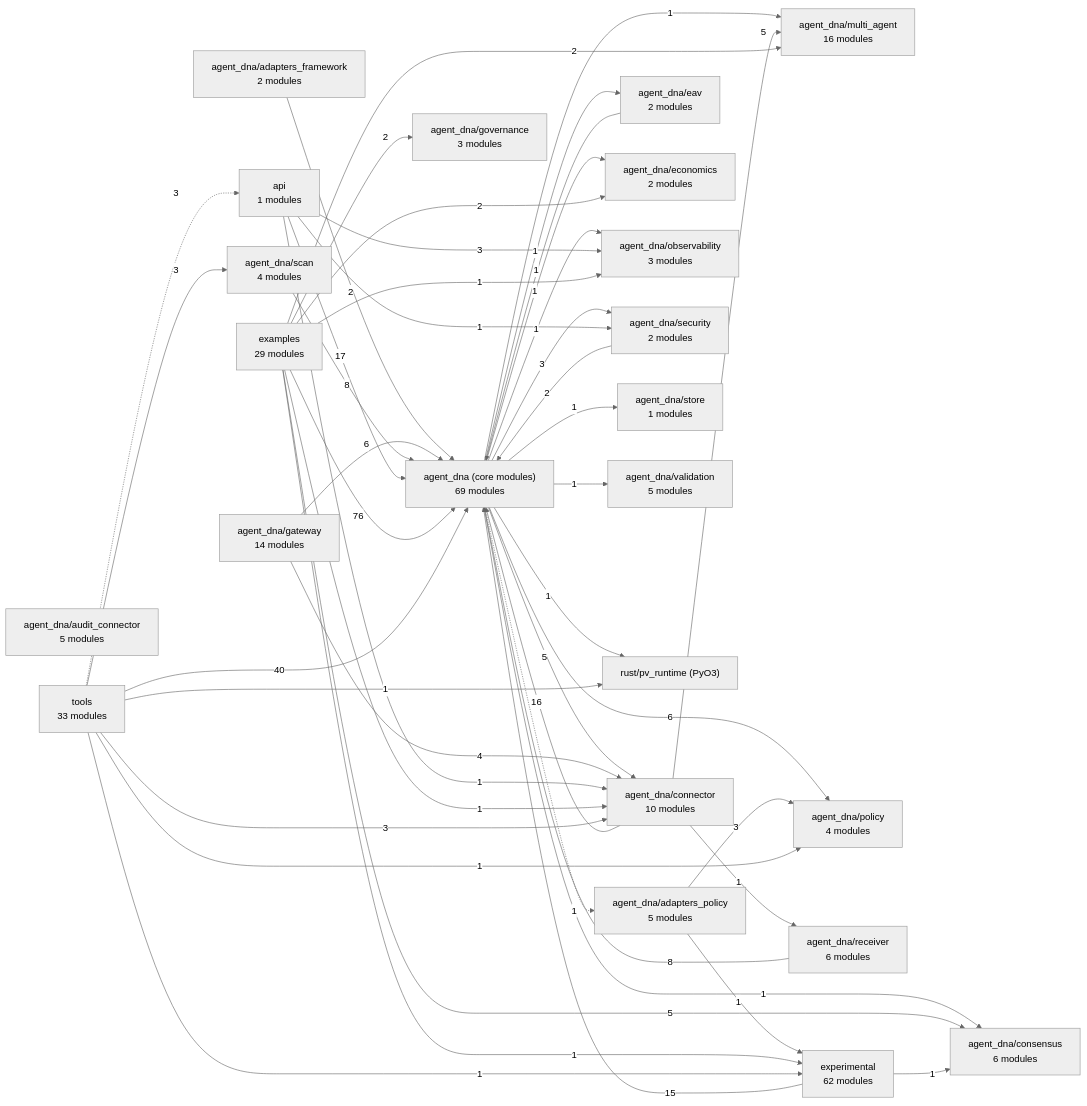
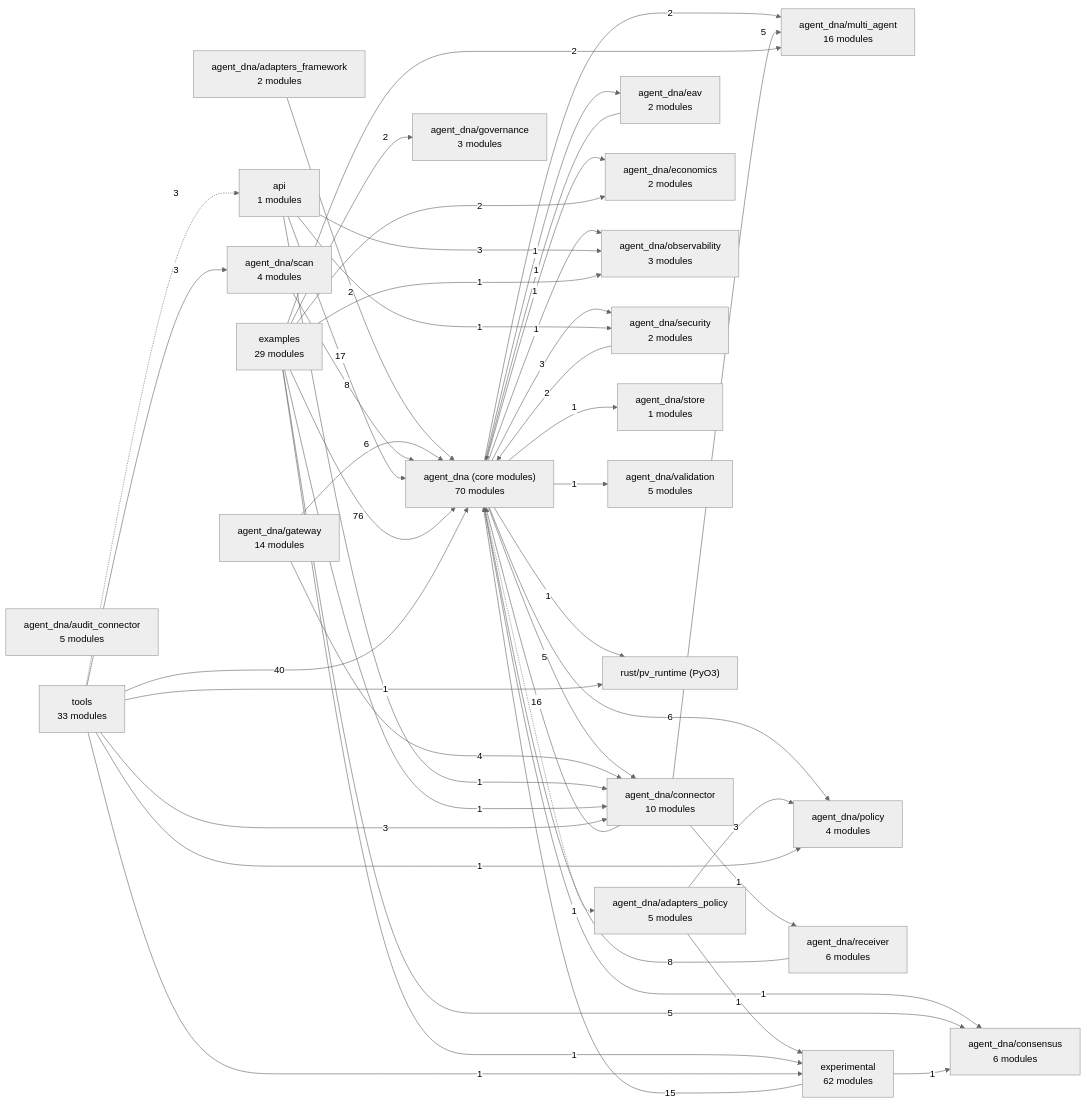
Before and after one commit to LOLA0786/privatevault-agent-dna: the diagram in docs/architecture/MAP.md, drawn with Mermaid (neutral theme). The commit also changed other lines of this file and 11 other files, not shown here.

````diff
--- a/docs/architecture/MAP.md
+++ b/docs/architecture/MAP.md
@@ -7,71 +7,71 @@
 ```mermaid
 flowchart LR
-  n0["agent_dna (core modules)<br/>69 modules"]
+  n0["agent_dna (core modules)<br/>70 modules"]
   n1["agent_dna/adapters_framework<br/>2 modules"]
   n2["agent_dna/adapters_policy<br/>5 modules"]
   n3["agent_dna/audit_connector<br/>5 modules"]
   n4["agent_dna/connector<br/>10 modules"]
   n5["agent_dna/consensus<br/>6 modules"]
   n6["agent_dna/eav<br/>2 modules"]
   n7["agent_dna/economics<br/>2 modules"]
   n8["agent_dna/gateway<br/>14 modules"]
   n9["agent_dna/governance<br/>3 modules"]
   n10["agent_dna/multi_agent<br/>16 modules"]
   n11["agent_dna/observability<br/>3 modules"]
   n12["agent_dna/policy<br/>4 modules"]
   n13["agent_dna/receiver<br/>6 modules"]
   n14["agent_dna/scan<br/>4 modules"]
   n15["agent_dna/security<br/>2 modules"]
   n16["agent_dna/store<br/>1 modules"]
   n17["agent_dna/validation<br/>5 modules"]
   n18["api<br/>1 modules"]
   n19["examples<br/>29 modules"]
   n20["experimental<br/>62 modules"]
   n21["rust/pv_runtime (PyO3)"]
   n22["tools<br/>33 modules"]
   n0 -.->|1| n2
   n0 -->|5| n4
   n0 -->|1| n5
   n0 -->|1| n6
   n0 -->|1| n7
-  n0 -->|1| n10
+  n0 -->|2| n10
   n0 -->|1| n11
   n0 -->|6| n12
   n0 -->|3| n15
   n0 -->|1| n16
   n0 -->|1| n17
   n0 -->|1| n21
   n1 -->|2| n0
   n2 -->|3| n12
   n2 -->|1| n20
   n4 -->|16| n0
   n4 -->|5| n10
   n4 -->|1| n13
   n6 -->|1| n0
   n8 -->|6| n0
   n8 -->|4| n4
   n13 -->|8| n0
   n14 -->|8| n0
   n15 -->|2| n0
   n18 -->|17| n0
   n18 -->|1| n4
   n18 -->|3| n11
   n18 -->|1| n15
   n19 -->|76| n0
   n19 -->|1| n4
   n19 -->|5| n5
   n19 -->|2| n7
   n19 -->|2| n9
   n19 -->|2| n10
   n19 -->|1| n11
   n19 -->|1| n20
   n20 -->|15| n0
   n20 -->|1| n5
   n22 -->|40| n0
   n22 -->|3| n4
   n22 -->|1| n12
   n22 -->|3| n14
   n22 -.->|3| n18
   n22 -->|1| n20
   n22 -->|1| n21
 ```
````
